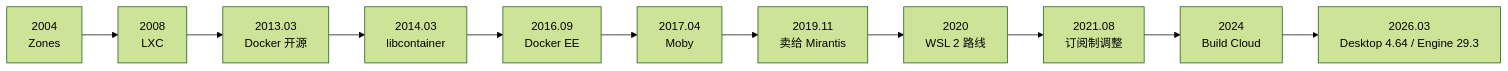
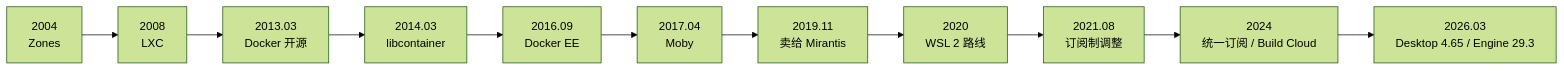
The diagram in docker/docker_0_intro/docker_history/README.md (hwang-protocol/docker_k8s_2026), drawn with Mermaid (forest theme) before and after one commit. The commit also changed other lines of this file, not shown here.

````diff
--- a/docker/docker_0_intro/docker_history/README.md
+++ b/docker/docker_0_intro/docker_history/README.md
@@ -42,13 +42,13 @@
 ```mermaid
 flowchart LR
   A["2004<br/>Zones"] --> B["2008<br/>LXC"]
   B --> C["2013.03<br/>Docker 开源"]
   C --> D["2014.03<br/>libcontainer"]
   D --> E["2016.09<br/>Docker EE"]
   E --> F["2017.04<br/>Moby"]
   F --> G["2019.11<br/>卖给 Mirantis"]
   G --> H["2020<br/>WSL 2 路线"]
   H --> I["2021.08<br/>订阅制调整"]
-  I --> J["2024<br/>Build Cloud"]
-  J --> K["2026.03<br/>Desktop 4.64 / Engine 29.3"]
+  I --> J["2024<br/>统一订阅 / Build Cloud"]
+  J --> K["2026.03<br/>Desktop 4.65 / Engine 29.3"]
 ```
````
